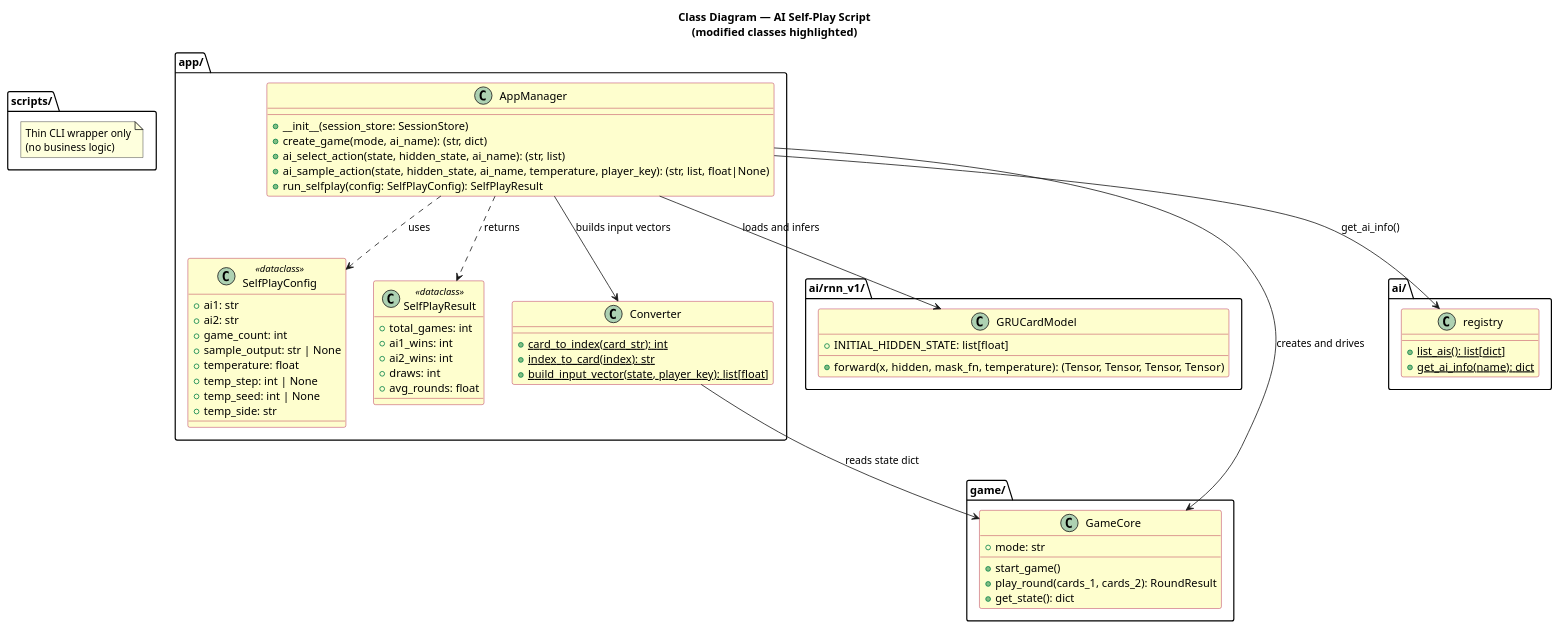
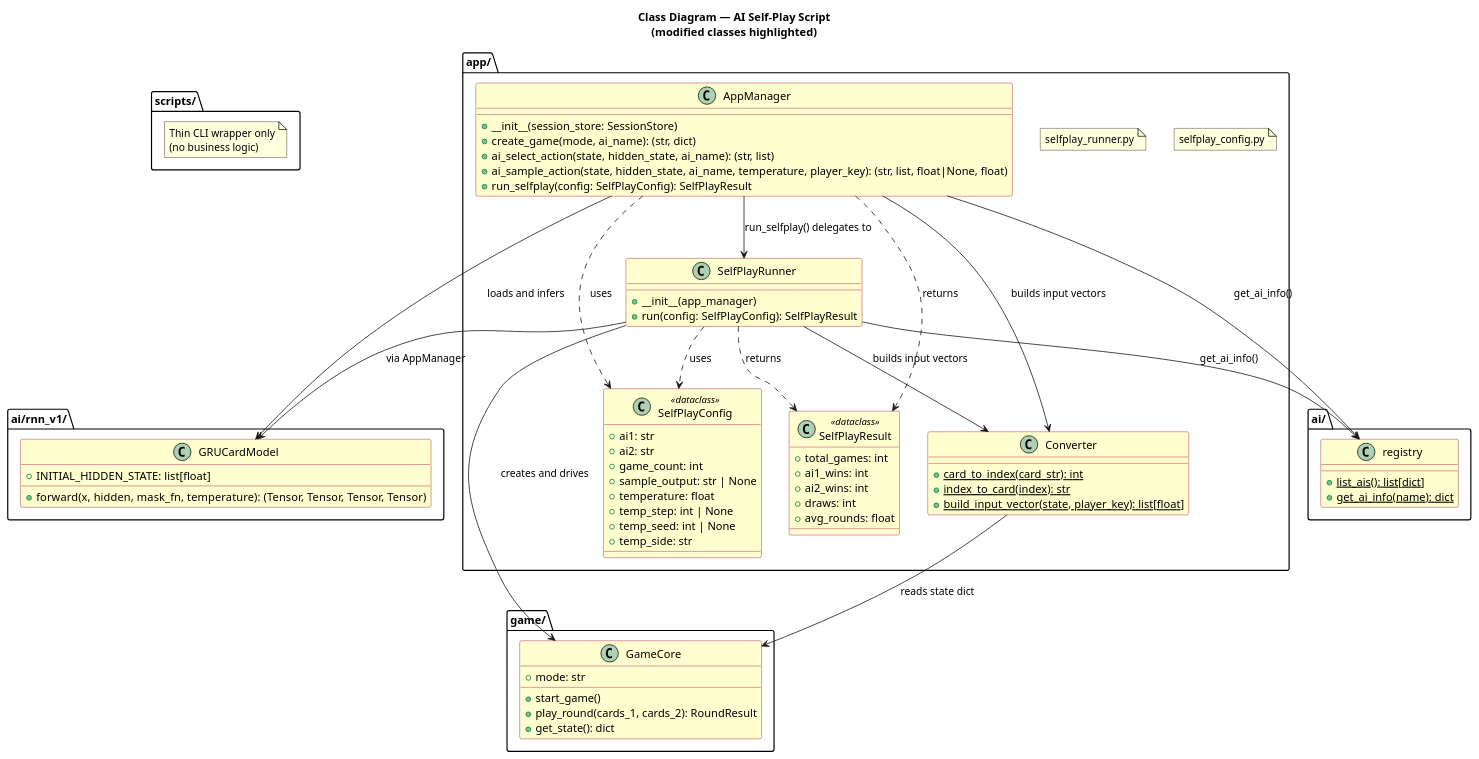
One commit to nanhao/custom-card changed the diagram in design/5/main_docs/diagrams/class_diagram.puml. Above: the diagram before and after it, drawn with PlantUML. The commit also changed 5 other files, not shown here.

```diff
--- a/design/5/main_docs/diagrams/class_diagram.puml
+++ b/design/5/main_docs/diagrams/class_diagram.puml
@@ -1,79 +1,92 @@
 @startuml
 skinparam backgroundColor #FFFFFF
 skinparam classBackgroundColor #FEFECE
 skinparam classBorderColor #A80036
 
 title Class Diagram — AI Self-Play Script\n(modified classes highlighted)
 
 package "scripts/" {
     note "Thin CLI wrapper only\n(no business logic)" as N1
 }
 
 package "app/" {
+    note "selfplay_config.py" as N2
     class SelfPlayConfig <<dataclass>> {
         + ai1: str
         + ai2: str
         + game_count: int
         + sample_output: str | None
         + temperature: float
         + temp_step: int | None
         + temp_seed: int | None
         + temp_side: str
     }
 
     class SelfPlayResult <<dataclass>> {
         + total_games: int
         + ai1_wins: int
         + ai2_wins: int
         + draws: int
         + avg_rounds: float
     }
 
+    note "selfplay_runner.py" as N3
+    class SelfPlayRunner {
+        + __init__(app_manager)
+        + run(config: SelfPlayConfig): SelfPlayResult
+    }
+
     class AppManager {
         + __init__(session_store: SessionStore)
         + create_game(mode, ai_name): (str, dict)
         + ai_select_action(state, hidden_state, ai_name): (str, list)
-        + ai_sample_action(state, hidden_state, ai_name, temperature, player_key): (str, list, float|None)
+        + ai_sample_action(state, hidden_state, ai_name, temperature, player_key): (str, list, float|None, float)
         + run_selfplay(config: SelfPlayConfig): SelfPlayResult
     }
 
     class Converter {
         + {static} card_to_index(card_str): int
         + {static} index_to_card(index): str
         + {static} build_input_vector(state, player_key): list[float]
     }
 }
 
 package "ai/rnn_v1/" {
     class GRUCardModel {
         + INITIAL_HIDDEN_STATE: list[float]
         + forward(x, hidden, mask_fn, temperature): (Tensor, Tensor, Tensor, Tensor)
     }
 }
 
 package "game/" {
     class GameCore {
         + mode: str
         + start_game()
         + play_round(cards_1, cards_2): RoundResult
         + get_state(): dict
     }
 }
 
 package "ai/" {
     class registry {
         + {static} list_ais(): list[dict]
         + {static} get_ai_info(name): dict
     }
 }
 
 AppManager ..> SelfPlayConfig : uses
 AppManager ..> SelfPlayResult : returns
+AppManager --> SelfPlayRunner : run_selfplay() delegates to
+SelfPlayRunner ..> SelfPlayConfig : uses
+SelfPlayRunner ..> SelfPlayResult : returns
+SelfPlayRunner --> Converter : builds input vectors
+SelfPlayRunner --> GRUCardModel : via AppManager
+SelfPlayRunner --> GameCore : creates and drives
 AppManager --> Converter : builds input vectors
 AppManager --> GRUCardModel : loads and infers
-AppManager --> GameCore : creates and drives
 AppManager --> registry : get_ai_info()
+SelfPlayRunner --> registry : get_ai_info()
 
 Converter --> GameCore : reads state dict
 
 @enduml
```
